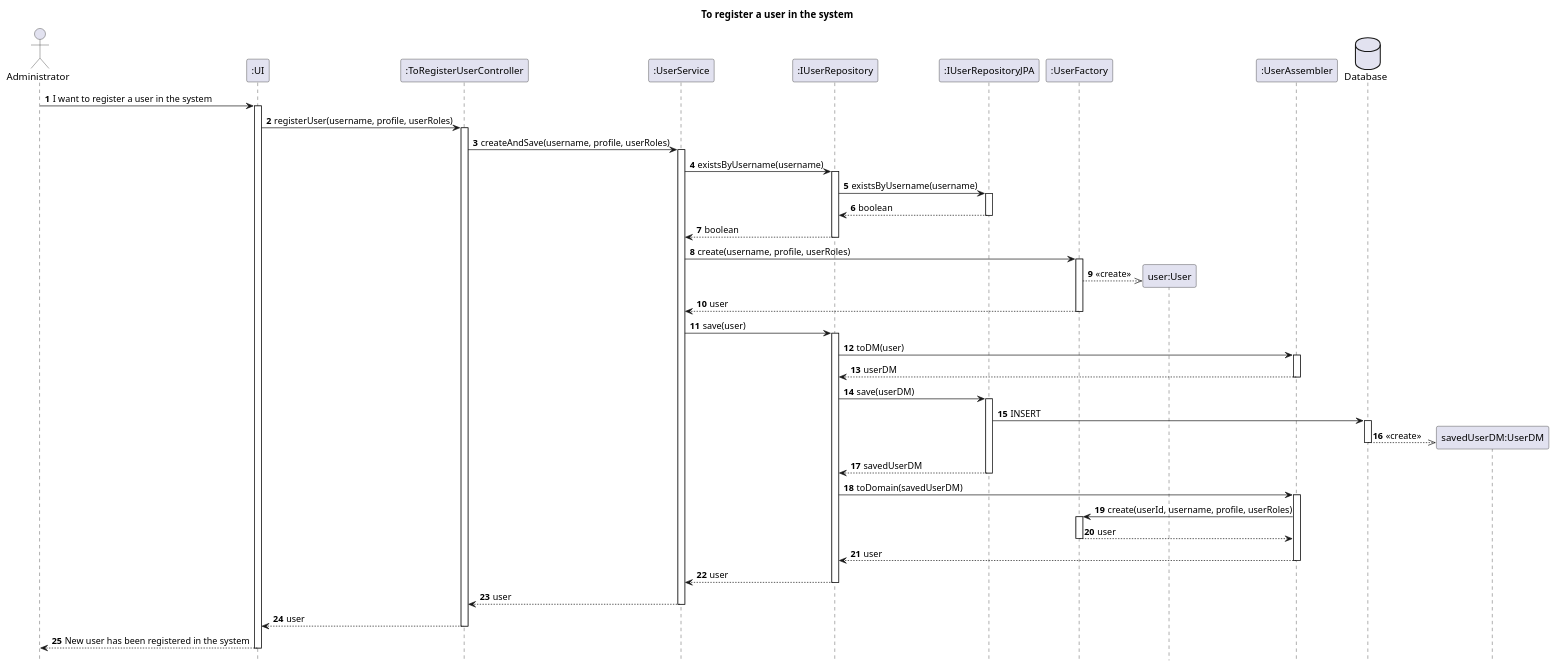
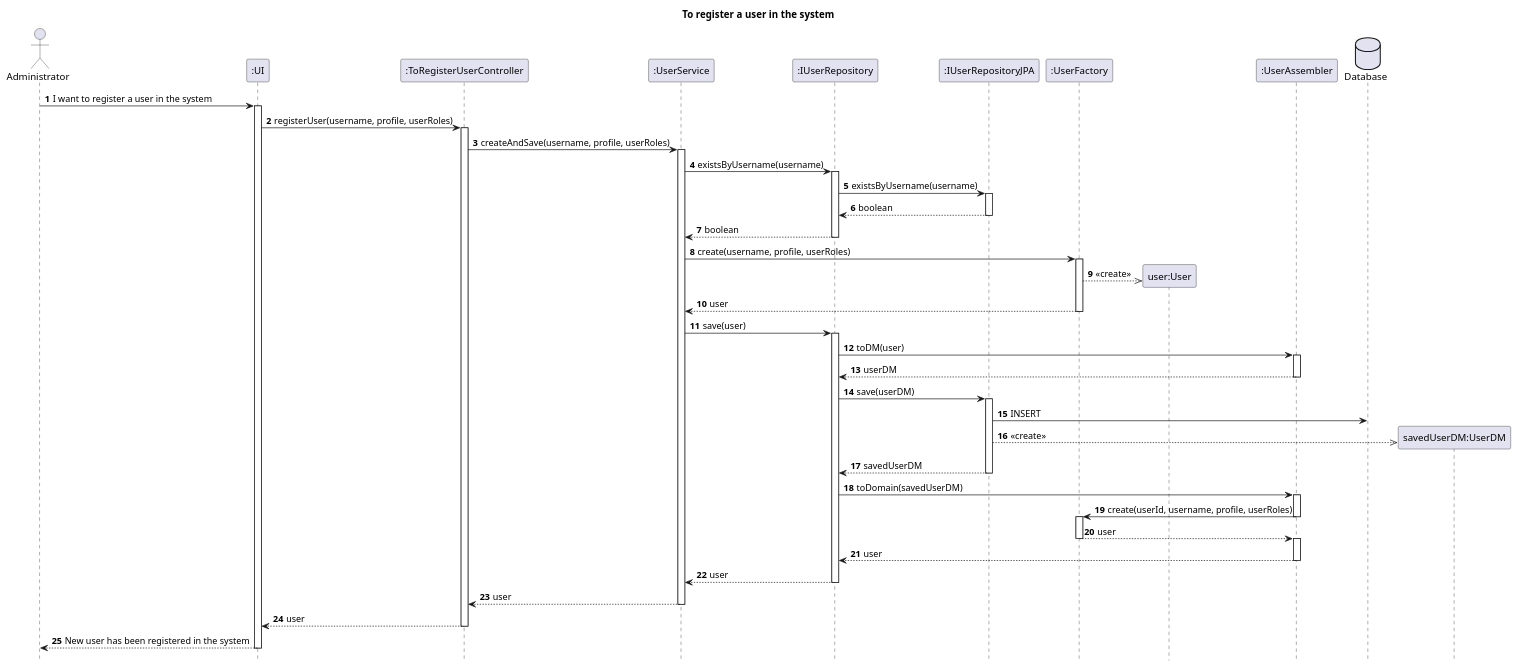
One commit to AndrePereiraGitH/SWitCH-Project-Team_A changed the diagram in Diagrams/SequenceDiagrams/N2/To-register-a-user.puml. Above: the diagram before and after it, drawn with PlantUML.

Commit message:
docs #747: fixed SD according to PR feedback

```diff
--- a/Diagrams/SequenceDiagrams/N2/To-register-a-user.puml
+++ b/Diagrams/SequenceDiagrams/N2/To-register-a-user.puml
@@ -1,86 +1,89 @@
 @startuml
 
 hide footbox
 autonumber
 
 title To register a user in the system
 
 actor Administrator
 participant ":UI" as UI
 participant ":ToRegisterUserController" as Controller
 participant ":UserService" as Service
 participant ":IUserRepository" as Repository
 participant ":IUserRepositoryJPA" as RepositoryJPAInterface
 participant ":UserFactory" as Factory
 participant "user:User" as user
 participant ":UserAssembler" as Assembler
 database "Database" as DB
 participant "savedUserDM:UserDM" as savedUserDM
 
 Administrator -> UI : I want to register a user in the system
 activate UI
 
 UI -> Controller : registerUser(username, profile, userRoles)
 activate Controller
 
 Controller -> Service : createAndSave(username, profile, userRoles)
 activate Service
 
 Service -> Repository : existsByUsername(username)
 activate Repository
 Repository -> RepositoryJPAInterface : existsByUsername(username)
 activate RepositoryJPAInterface
 RepositoryJPAInterface --> Repository : boolean
 deactivate RepositoryJPAInterface
 Repository --> Service : boolean
 deactivate Repository
 
 Service -> Factory : create(username, profile, userRoles)
 activate Factory
 
 Factory -->> user ** : <<create>>
 
 Factory --> Service : user
 deactivate Factory
 
 Service -> Repository : save(user)
 activate Repository
 
 Repository -> Assembler : toDM(user)
 activate Assembler
 Assembler --> Repository : userDM
 deactivate Assembler
 
 Repository -> RepositoryJPAInterface : save(userDM)
 activate RepositoryJPAInterface
 
 RepositoryJPAInterface -> DB : INSERT
-activate DB
-DB -->> savedUserDM ** : <<create>>
-deactivate DB
+RepositoryJPAInterface -->> savedUserDM ** : <<create>>
 
 RepositoryJPAInterface --> Repository : savedUserDM
 deactivate RepositoryJPAInterface
 
 Repository -> Assembler : toDomain(savedUserDM)
 activate Assembler
+
 Assembler -> Factory : create(userId, username, profile, userRoles)
+deactivate Assembler
+
 activate Factory
 Factory --> Assembler : user
 deactivate Factory
+
+activate Assembler
 Assembler --> Repository : user
 deactivate Assembler
 
 Repository --> Service : user
 deactivate Repository
 
 Service --> Controller : user
 deactivate Service
 
 Controller --> UI : user
 deactivate Controller
 
 UI --> Administrator : New user has been registered in the system
 deactivate UI
 
 @enduml
```
